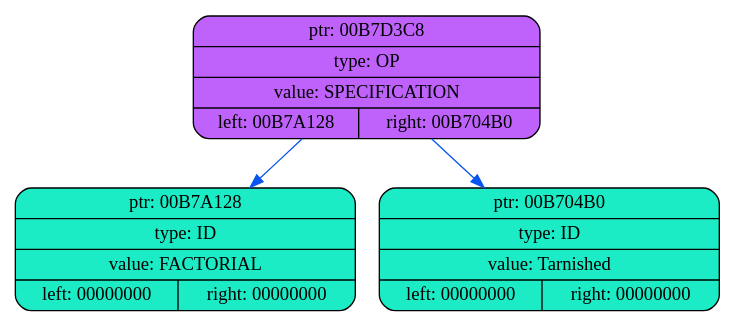
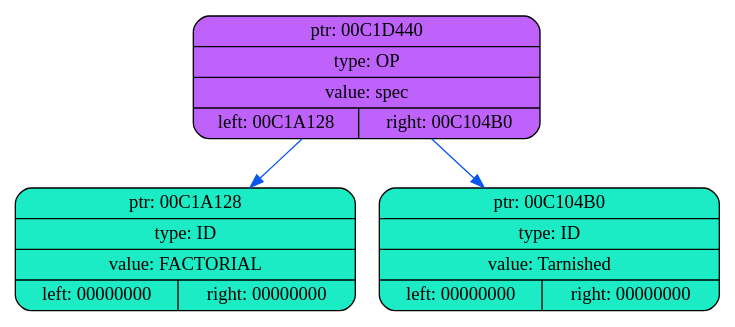
The diagram in dump/dump1.dot (coffee8cat/Elden-language), drawn with Graphviz before and after one commit. The commit also changed 20 other files, not shown here.

```diff
--- a/dump/dump1.dot
+++ b/dump/dump1.dot
@@ -1,10 +1,10 @@
 digraph
 {
     rankdir=TP
 
-        node00B7D3C8[shape=record,style="rounded,filled",fillcolor="#BF62FC",label="{ ptr: 00B7D3C8 | type: OP | value: SPECIFICATION| { left: 00B7A128 | right: 00B704B0 }}"];
-    node00B7D3C8 -> node00B7A128[color="#0855F0"]
-    node00B7A128[shape=record,style="rounded,filled",fillcolor="#1BECC5",label="{ ptr: 00B7A128 | type: ID | value: FACTORIAL| { left: 00000000 | right: 00000000 }}"];
-    node00B7D3C8 -> node00B704B0[color="#0855F0"]
-    node00B704B0[shape=record,style="rounded,filled",fillcolor="#1BECC5",label="{ ptr: 00B704B0 | type: ID | value: Tarnished| { left: 00000000 | right: 00000000 }}"];
+        node00C1D440[shape=record,style="rounded,filled",fillcolor="#BF62FC",label="{ ptr: 00C1D440 | type: OP | value: spec| { left: 00C1A128 | right: 00C104B0 }}"];
+    node00C1D440 -> node00C1A128[color="#0855F0"]
+    node00C1A128[shape=record,style="rounded,filled",fillcolor="#1BECC5",label="{ ptr: 00C1A128 | type: ID | value: FACTORIAL| { left: 00000000 | right: 00000000 }}"];
+    node00C1D440 -> node00C104B0[color="#0855F0"]
+    node00C104B0[shape=record,style="rounded,filled",fillcolor="#1BECC5",label="{ ptr: 00C104B0 | type: ID | value: Tarnished| { left: 00000000 | right: 00000000 }}"];
 }
```
